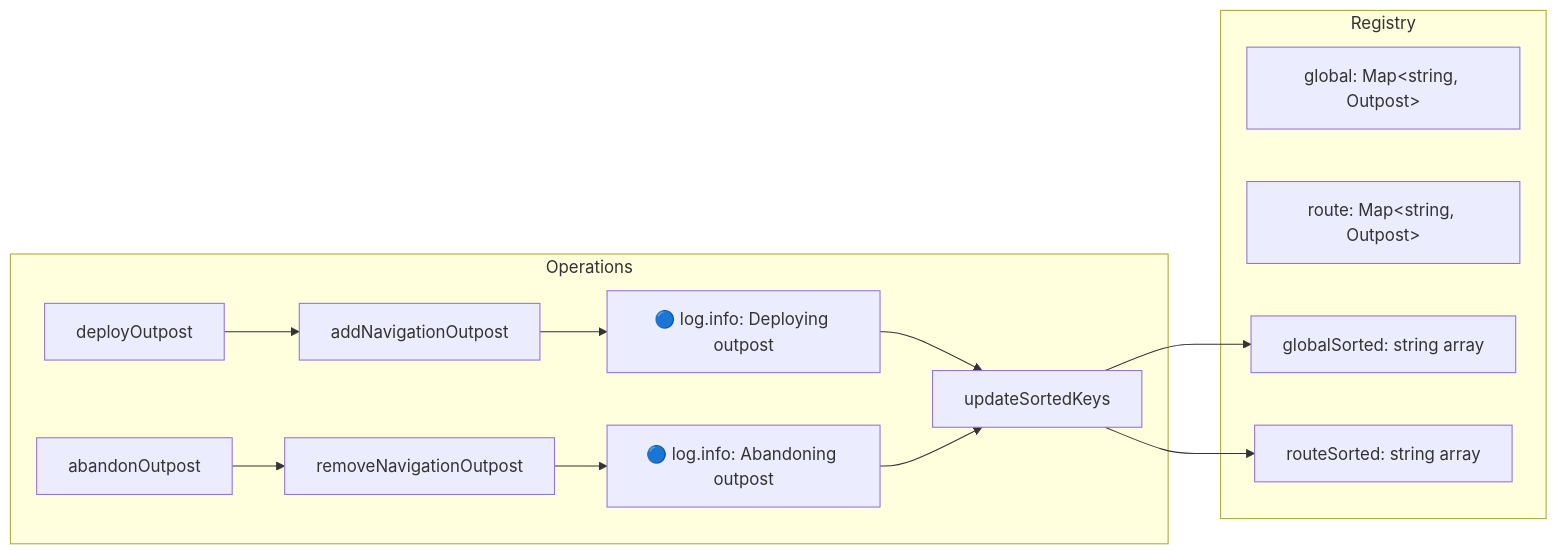
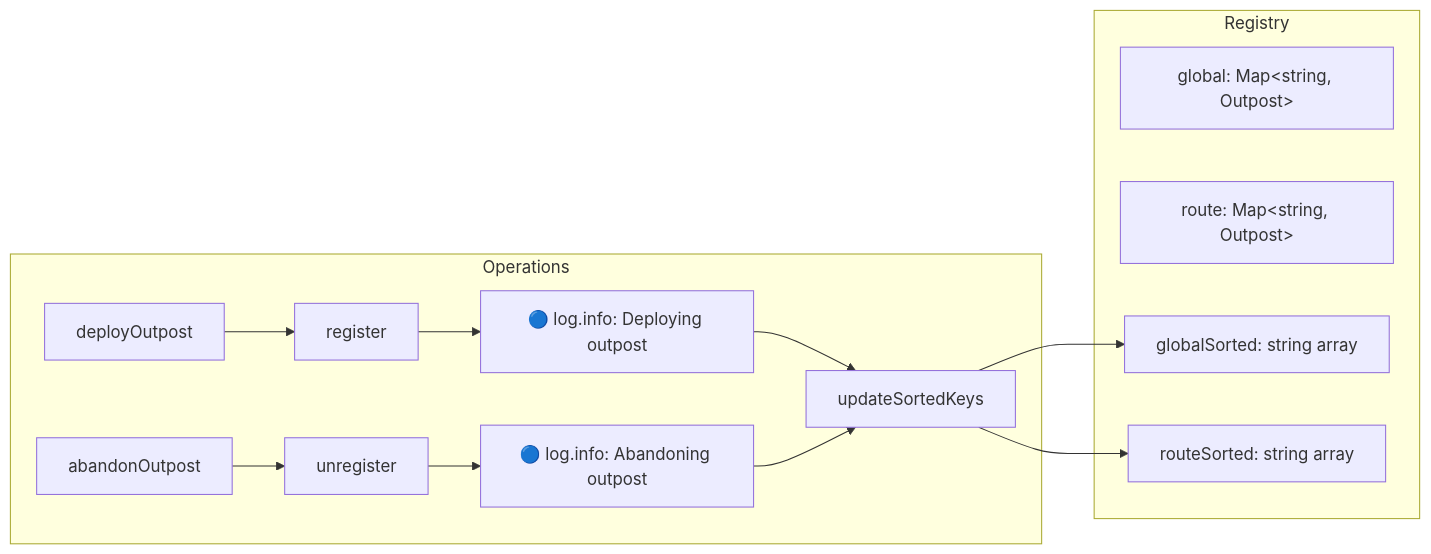
Before and after one commit to Kassaila/vue-router-citadel: the sixth of 8 diagrams in docs/internals.md, drawn with Mermaid. The commit also changed other lines of this file and 7 other files, not shown here.

````diff
--- a/docs/internals.md
+++ b/docs/internals.md
@@ -310,21 +310,21 @@
 ```mermaid
 flowchart LR
     subgraph Registry
         A["global: Map&lt;string, Outpost&gt;"]
         B["route: Map&lt;string, Outpost&gt;"]
         C["globalSorted: string array"]
         D["routeSorted: string array"]
     end
 
     subgraph Operations
-        E[deployOutpost] --> F[addNavigationOutpost]
+        E[deployOutpost] --> F[register]
         F --> LOG1["🔵 log.info: Deploying outpost"]
         LOG1 --> G[updateSortedKeys]
-        H[abandonOutpost] --> I[removeNavigationOutpost]
+        H[abandonOutpost] --> I[unregister]
         I --> LOG2["🔵 log.info: Abandoning outpost"]
         LOG2 --> G
     end
 
     G --> C
     G --> D
 ```
````
